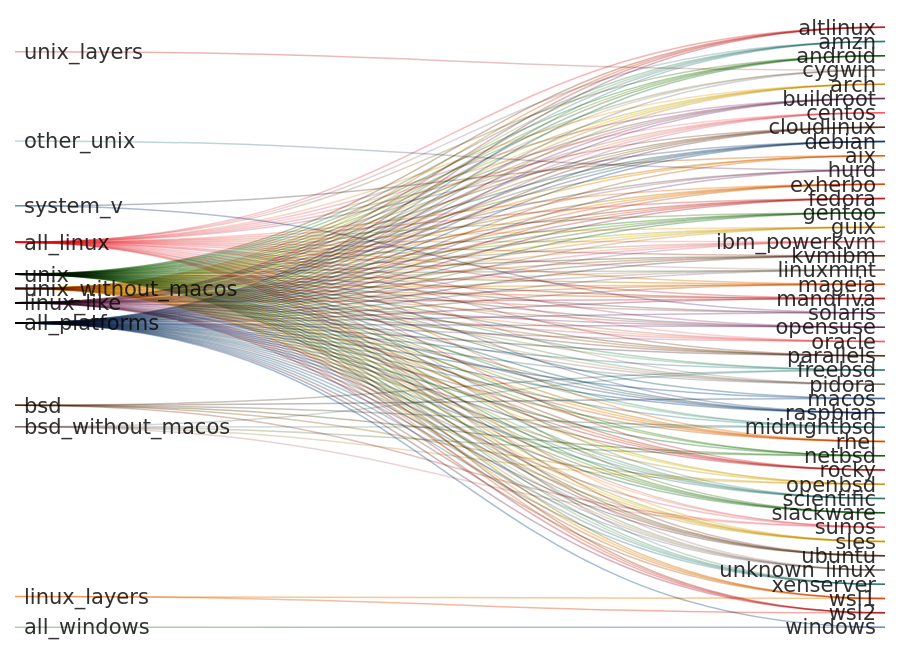
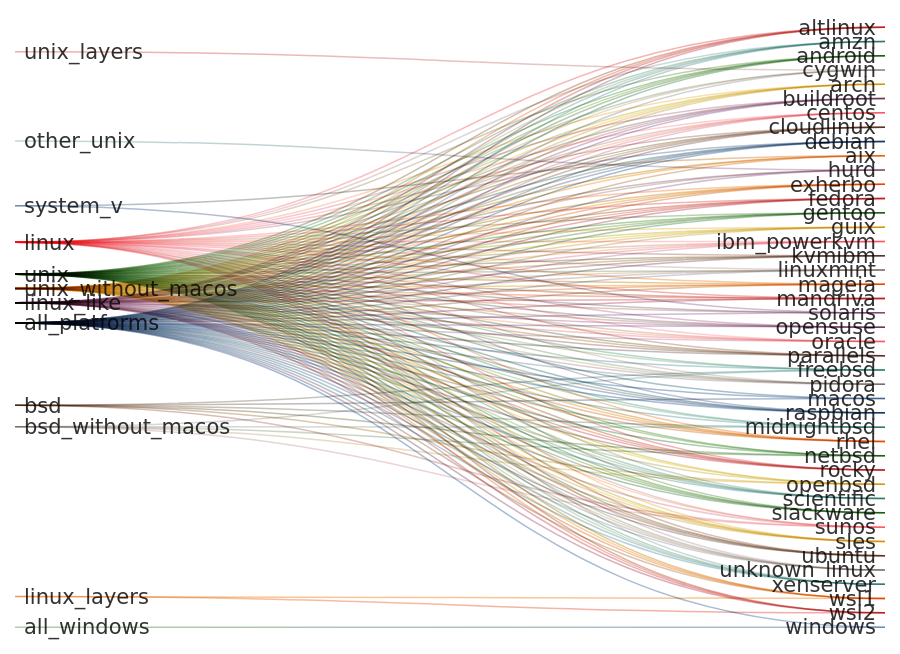
Before and after one commit to kdeldycke/extra-platforms: the first of 3 diagrams in readme.md, drawn with Mermaid. The commit also changed other lines of this file and 5 other files, not shown here.

Commit message:
Rename ALL_LINUX group to LINUX

```diff
--- a/readme.md
+++ b/readme.md
@@ -323,36 +323,36 @@
 linux_like,wsl1,1
 linux_like,wsl2,1
 linux_like,xenserver,1
-all_linux,altlinux,1
-all_linux,amzn,1
-all_linux,android,1
-all_linux,arch,1
-all_linux,buildroot,1
-all_linux,centos,1
-all_linux,cloudlinux,1
-all_linux,debian,1
-all_linux,exherbo,1
-all_linux,fedora,1
-all_linux,gentoo,1
-all_linux,guix,1
-all_linux,ibm_powerkvm,1
-all_linux,kvmibm,1
-all_linux,linuxmint,1
-all_linux,mageia,1
-all_linux,mandriva,1
-all_linux,opensuse,1
-all_linux,oracle,1
-all_linux,parallels,1
-all_linux,pidora,1
-all_linux,raspbian,1
-all_linux,rhel,1
-all_linux,rocky,1
-all_linux,scientific,1
-all_linux,slackware,1
-all_linux,sles,1
-all_linux,ubuntu,1
-all_linux,unknown_linux,1
-all_linux,xenserver,1
+linux,altlinux,1
+linux,amzn,1
+linux,android,1
+linux,arch,1
+linux,buildroot,1
+linux,centos,1
+linux,cloudlinux,1
+linux,debian,1
+linux,exherbo,1
+linux,fedora,1
+linux,gentoo,1
+linux,guix,1
+linux,ibm_powerkvm,1
+linux,kvmibm,1
+linux,linuxmint,1
+linux,mageia,1
+linux,mandriva,1
+linux,opensuse,1
+linux,oracle,1
+linux,parallels,1
+linux,pidora,1
+linux,raspbian,1
+linux,rhel,1
+linux,rocky,1
+linux,scientific,1
+linux,slackware,1
+linux,sles,1
+linux,ubuntu,1
+linux,unknown_linux,1
+linux,xenserver,1
 bsd,freebsd,1
 bsd,macos,1
 bsd,midnightbsd,1
```
